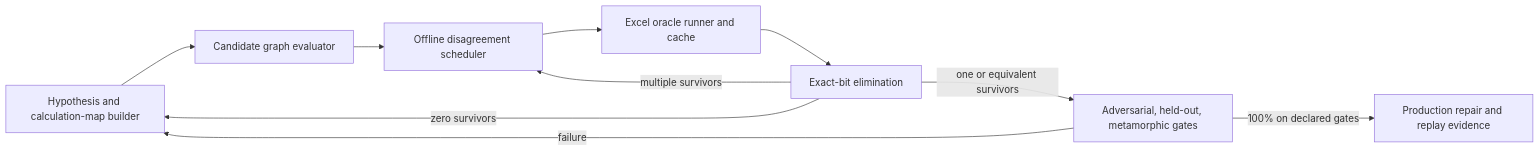
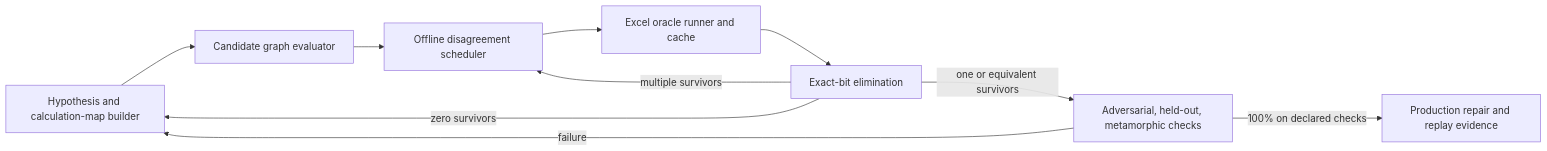
One commit to DnaCalc/DnaCalc changed the diagram in docs/architecture/review-2026-10/pro/1-symbolic-search-prompt.md. Above: the diagram before and after it, drawn with Mermaid. The commit also changed other lines of this file and 9 other files, not shown here.

````diff
--- a/docs/architecture/review-2026-10/pro/1-symbolic-search-prompt.md
+++ b/docs/architecture/review-2026-10/pro/1-symbolic-search-prompt.md
@@ -308,12 +308,12 @@
 ```mermaid
 flowchart LR
     A["Hypothesis and calculation-map builder"] --> B["Candidate graph evaluator"]
     B --> C["Offline disagreement scheduler"]
     C --> D["Excel oracle runner and cache"]
     D --> E["Exact-bit elimination"]
     E -->|"multiple survivors"| C
     E -->|"zero survivors"| A
-    E -->|"one or equivalent survivors"| F["Adversarial, held-out, metamorphic gates"]
+    E -->|"one or equivalent survivors"| F["Adversarial, held-out, metamorphic checks"]
     F -->|"failure"| A
-    F -->|"100% on declared gates"| G["Production repair and replay evidence"]
+    F -->|"100% on declared checks"| G["Production repair and replay evidence"]
 ```
````
